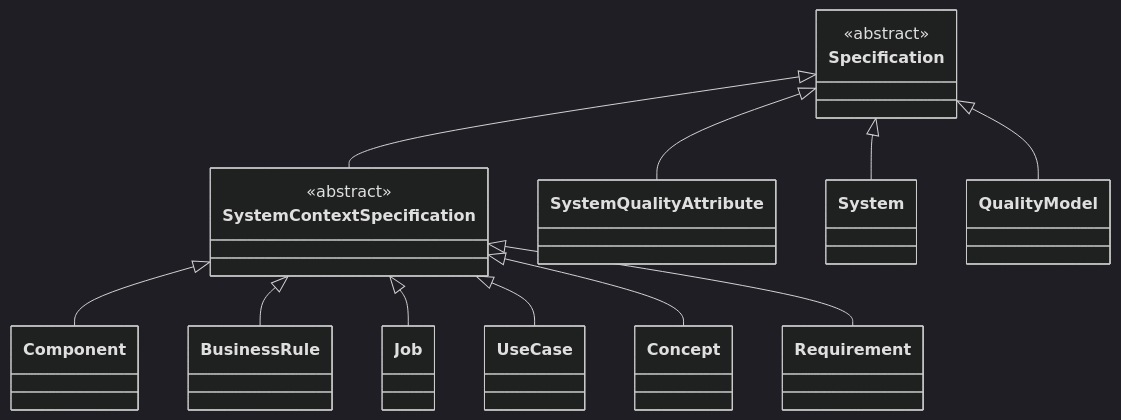
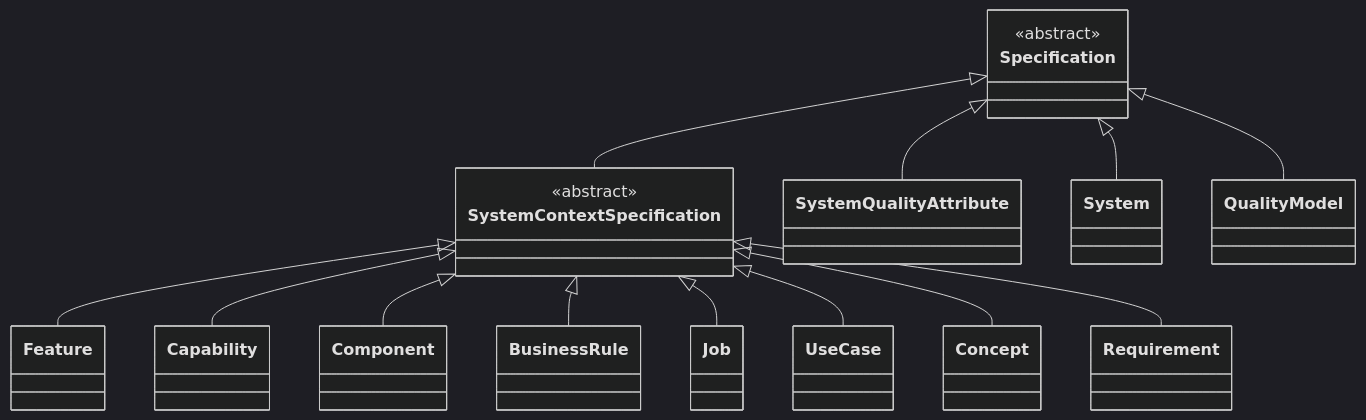
One commit to craigsmitham/dotspec changed the first of 18 diagrams in docs/reference/model/core.md. Above: the diagram before and after it, drawn with Mermaid (dark theme). The commit also changed other lines of this file and 158 other files, not shown here.

````diff
--- a/docs/reference/model/core.md
+++ b/docs/reference/model/core.md
@@ -30,27 +30,31 @@
 ```mermaid
 classDiagram
     direction TB
     class Specification
     <<abstract>> Specification
     class SystemContextSpecification
     <<abstract>> SystemContextSpecification
     class SystemQualityAttribute
+    class Feature
+    class Capability
     class System
     class Component
     class QualityModel
     class BusinessRule
     class Job
     class UseCase
     class Concept
     class Requirement
     Specification <|-- SystemContextSpecification
     Specification <|-- SystemQualityAttribute
+    SystemContextSpecification <|-- Feature
+    SystemContextSpecification <|-- Capability
     Specification <|-- System
     SystemContextSpecification <|-- Component
     Specification <|-- QualityModel
     SystemContextSpecification <|-- BusinessRule
     SystemContextSpecification <|-- Job
     SystemContextSpecification <|-- UseCase
     SystemContextSpecification <|-- Concept
     SystemContextSpecification <|-- Requirement
 ```
````
